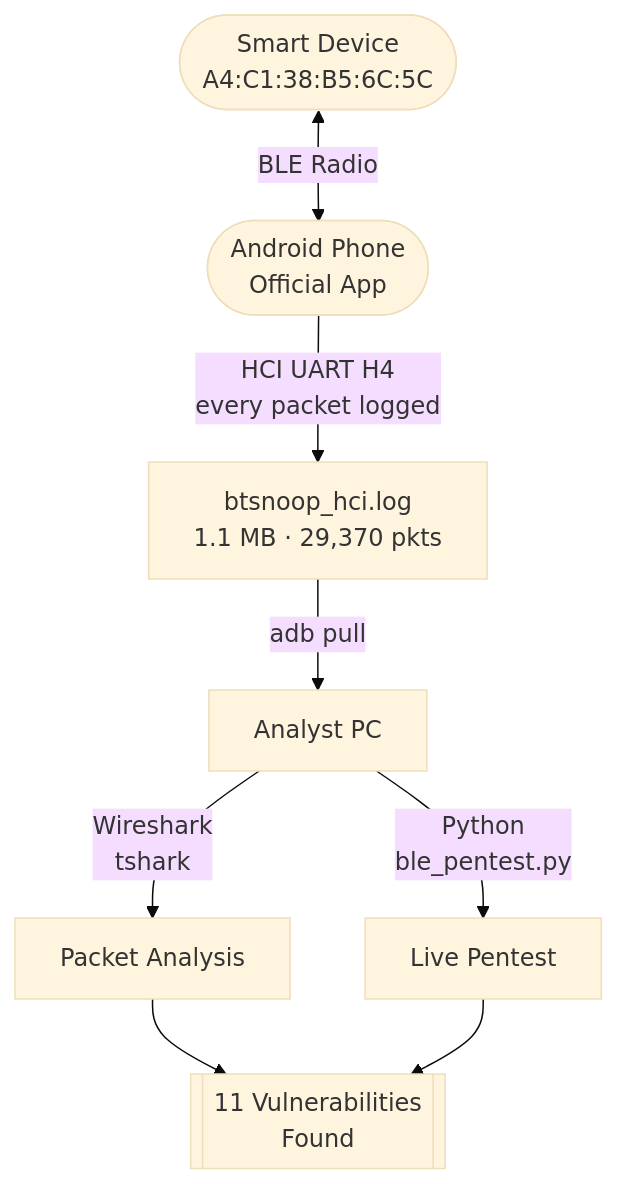
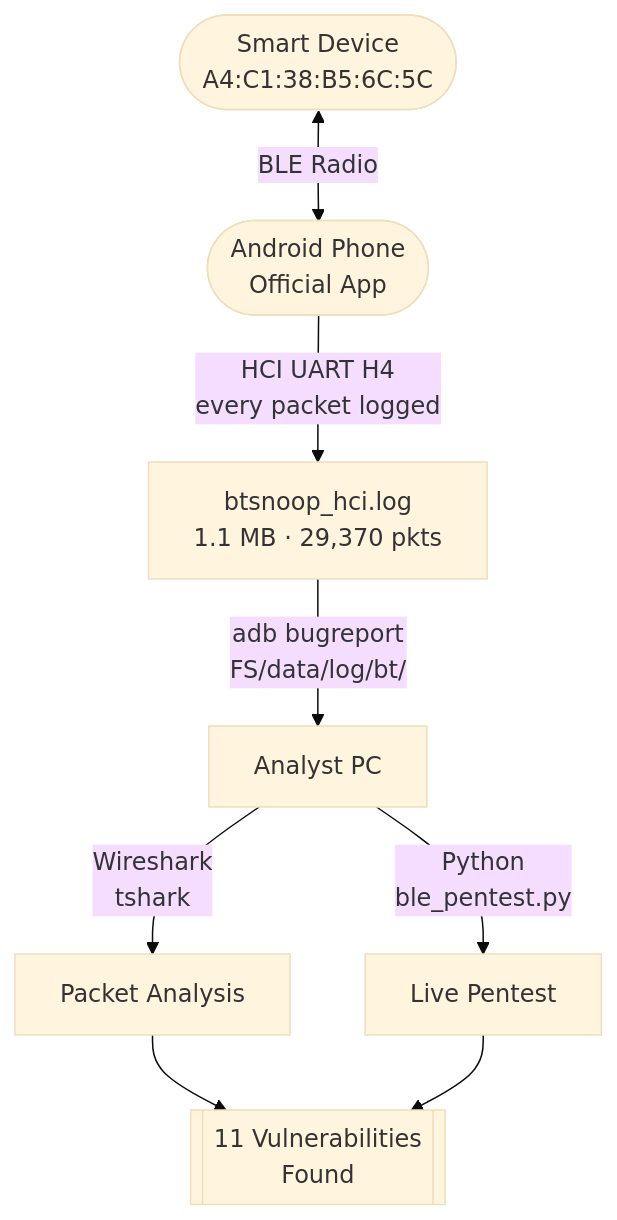
The second of 9 diagrams in content/blog/godrej-smart-matic.md (V33RU/veera.github.io), drawn with Mermaid (base theme) before and after one commit. The commit also changed other lines of this file, not shown here.

````diff
--- a/content/blog/godrej-smart-matic.md
+++ b/content/blog/godrej-smart-matic.md
@@ -113,10 +119,10 @@
 ```mermaid
 flowchart TB
     A(["Smart Device<br/>A4:C1:38:B5:6C:5C"]) <-->|BLE Radio| B(["Android Phone<br/>Official App"])
     B -->|HCI UART H4<br/>every packet logged| C["btsnoop_hci.log<br/>1.1 MB · 29,370 pkts"]
-    C -->|adb pull| D[Analyst PC]
+    C -->|adb bugreport<br/>FS/data/log/bt/| D[Analyst PC]
     D -->|Wireshark<br/>tshark| E[Packet Analysis]
     D -->|Python<br/>ble_pentest.py| F[Live Pentest]
     E --> G[["11 Vulnerabilities<br/>Found"]]
     F --> G
 ```
````
